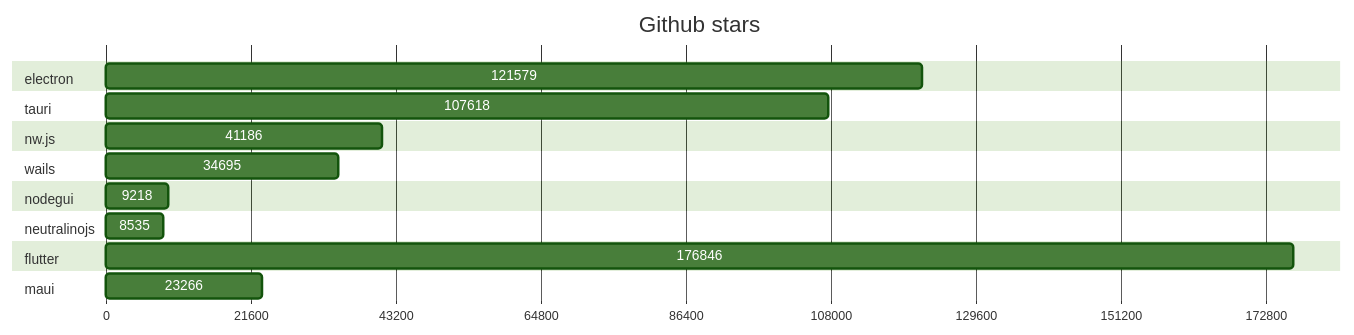
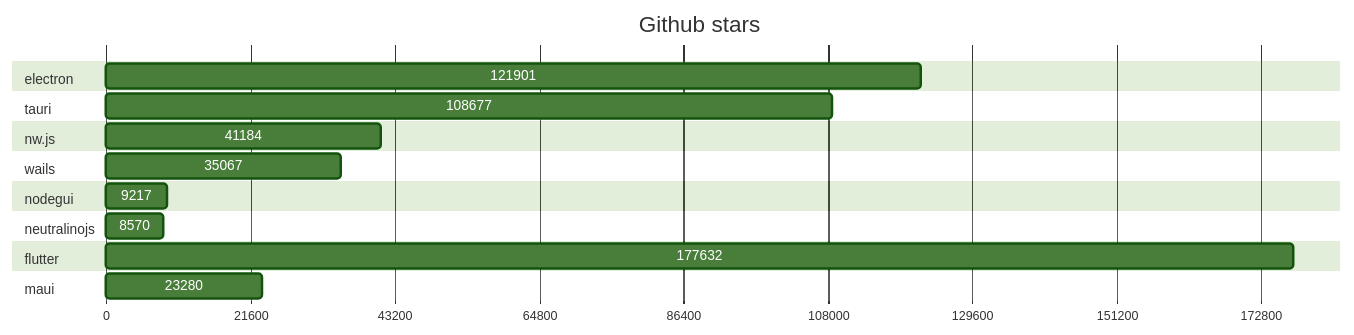
One commit to Elanis/web-to-desktop-framework-comparison changed the first of 2 diagrams in GRAPHS.md. Above: the diagram before and after it, drawn with Mermaid (forest theme). The commit also changed other lines of this file and 2 other files, not shown here.

Commit message:
Update stars & Fork

````diff
--- a/GRAPHS.md
+++ b/GRAPHS.md
@@ -5,40 +5,40 @@
 ```mermaid
 gantt
     title Github stars
     dateFormat  X
     axisFormat %s
 
 
 	section electron
-	121579 : 0, 121579
+	121901 : 0, 121901
 
 	
 	section tauri
-	107618 : 0, 107618
+	108677 : 0, 108677
 
 	
 	section nw.js
-	41186 : 0, 41186
+	41184 : 0, 41184
 
 	
 	section wails
-	34695 : 0, 34695
+	35067 : 0, 35067
 
 	
 	section nodegui
-	9218 : 0, 9218
+	9217 : 0, 9217
 
 	
 	section neutralinojs
-	8535 : 0, 8535
+	8570 : 0, 8570
 
 	
 	section flutter
-	176846 : 0, 176846
+	177632 : 0, 177632
 
 	
 	section maui
-	23266 : 0, 23266
+	23280 : 0, 23280
 
 	
 ```
````
